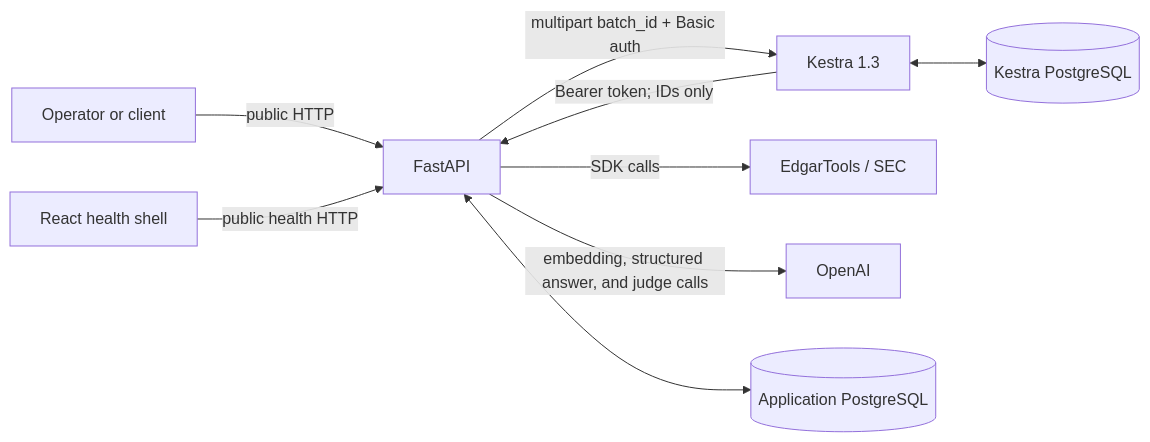
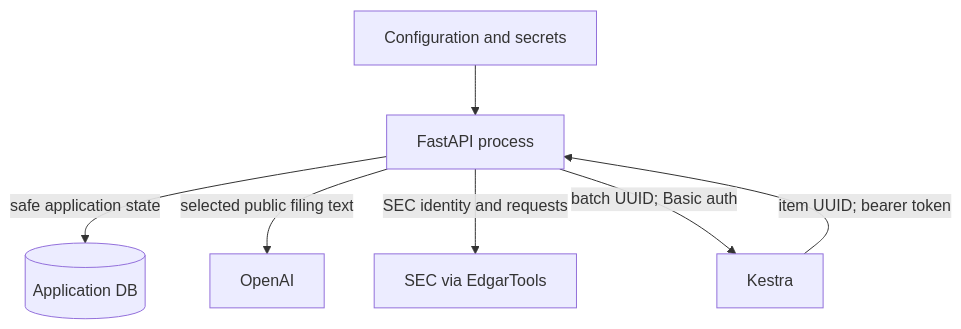
The fourth of 4 diagrams in docs/architecture.md (hongchit/sec-filing-rag-poc), drawn with Mermaid before and after one commit. The commit also changed other lines of this file and 38 other files, not shown here.

````diff
--- a/docs/architecture.md
+++ b/docs/architecture.md
@@ -24,11 +98,9 @@
 ```mermaid
-flowchart LR
-  U[Operator or client] -->|public HTTP| A[FastAPI]
-  F[React health shell] -->|public health HTTP| A
-  A -->|multipart batch_id + Basic auth| K[Kestra 1.3]
-  K -->|Bearer token; IDs only| A
-  A -->|SDK calls| E[EdgarTools / SEC]
-  A -->|embedding, structured answer, and judge calls| O[OpenAI]
-  A <--> D[(Application PostgreSQL)]
-  K <--> KD[(Kestra PostgreSQL)]
+flowchart TD
+  C[Configuration and secrets] --> A[FastAPI process]
+  A -->|safe application state| DB[(Application DB)]
+  A -->|selected public filing text| O[OpenAI]
+  A -->|SEC identity and requests| SEC[SEC via EdgarTools]
+  A -->|batch UUID; Basic auth| K[Kestra]
+  K -->|item UUID; bearer token| A
 ```
````
